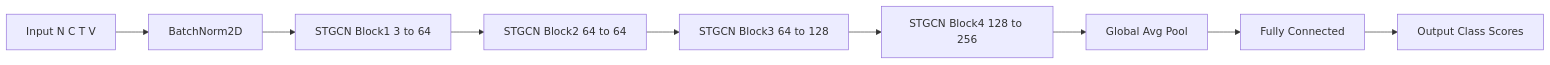
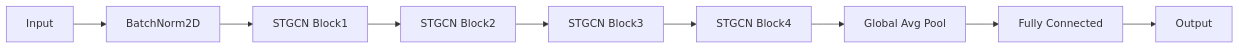
One commit to rlawldms1277/st-gcn-architecture-implementation changed the diagram in README.md. Above: the diagram before and after it, drawn with Mermaid.

````diff
--- a/README.md
+++ b/README.md
@@ -11,11 +11,13 @@
 ```mermaid
 flowchart LR
-A[Input N C T V] --> B[BatchNorm2D]
-B --> C[STGCN Block1 3 to 64]
-C --> D[STGCN Block2 64 to 64]
-D --> E[STGCN Block3 64 to 128]
-E --> F[STGCN Block4 128 to 256]
+
+A[Input] --> B[BatchNorm2D]
+B --> C[STGCN Block1]
+C --> D[STGCN Block2]
+
+D --> E[STGCN Block3]
+E --> F[STGCN Block4]
 F --> G[Global Avg Pool]
 G --> H[Fully Connected]
-H --> I[Output Class Scores]
+H --> I[Output]
 ```
````
